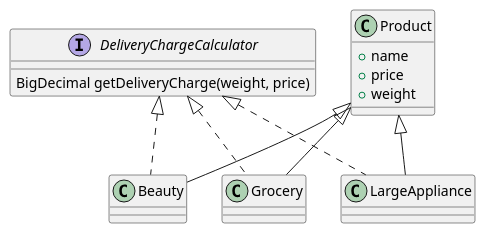
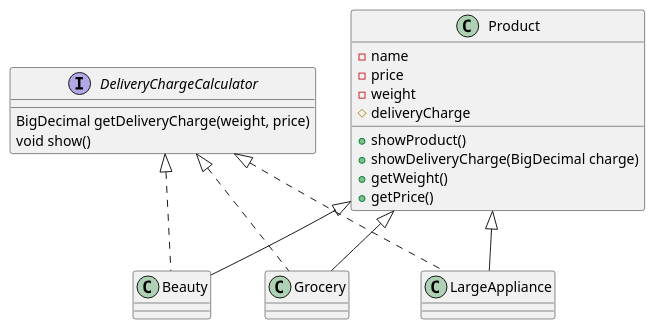
One commit to bbabbungtting/oreumi4_JAVA changed the diagram in src/weeklyquiz/week2/deliveryCharge.puml. Above: the diagram before and after it, drawn with PlantUML. The commit also changed 2 other files, not shown here.

```diff
--- a/src/weeklyquiz/week2/deliveryCharge.puml
+++ b/src/weeklyquiz/week2/deliveryCharge.puml
@@ -1,20 +1,27 @@
 @startuml
 'https://plantuml.com/class-diagram
 
 interface DeliveryChargeCalculator
 class Beauty extends Product implements DeliveryChargeCalculator
 class Grocery extends Product implements DeliveryChargeCalculator
 class LargeAppliance extends Product implements DeliveryChargeCalculator
 
 
 interface DeliveryChargeCalculator{
     BigDecimal getDeliveryCharge(weight, price)
+    void show()
 }
 
 class Product{
-    + name
-    + price
-    + weight
+    - name
+    - price
+    - weight
+    # deliveryCharge
+
+    + showProduct()
+    + showDeliveryCharge(BigDecimal charge)
+    + getWeight()
+    + getPrice()
 }
 
 @enduml
```
